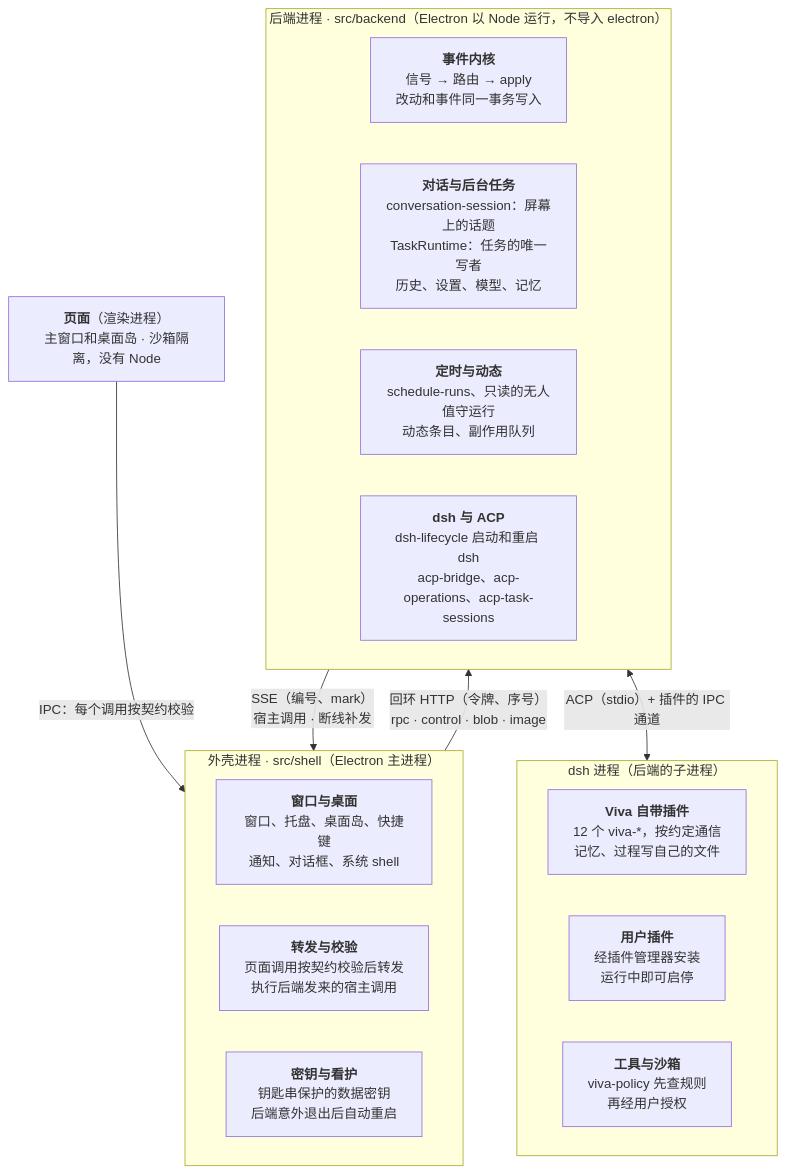
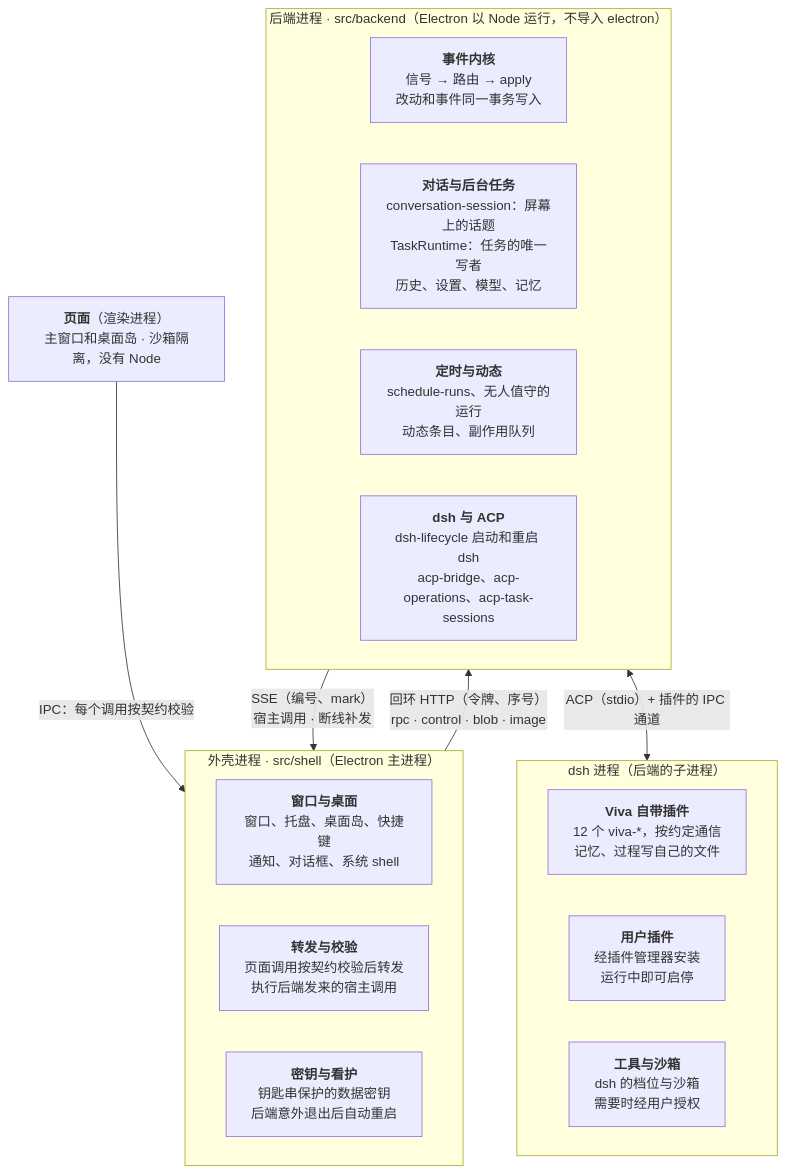
Before and after one commit to JNS0724/Viva: the diagram in docs/system-design.zh-CN.md, drawn with Mermaid. The commit also changed other lines of this file and 110 other files, not shown here.

````diff
--- a/docs/system-design.zh-CN.md
+++ b/docs/system-design.zh-CN.md
@@ -24,24 +24,24 @@
 ```mermaid
 flowchart TB
   pages["<b>页面</b>（渲染进程）<br/>主窗口和桌面岛 · 沙箱隔离，没有 Node"]
   subgraph shell["外壳进程 · src/shell（Electron 主进程）"]
     s1["<b>窗口与桌面</b><br/>窗口、托盘、桌面岛、快捷键<br/>通知、对话框、系统 shell"]
     s2["<b>转发与校验</b><br/>页面调用按契约校验后转发<br/>执行后端发来的宿主调用"]
     s3["<b>密钥与看护</b><br/>钥匙串保护的数据密钥<br/>后端意外退出后自动重启"]
   end
   subgraph backend["后端进程 · src/backend（Electron 以 Node 运行，不导入 electron）"]
     b1["<b>事件内核</b><br/>信号 → 路由 → apply<br/>改动和事件同一事务写入"]
     b2["<b>对话与后台任务</b><br/>conversation-session：屏幕上的话题<br/>TaskRuntime：任务的唯一写者<br/>历史、设置、模型、记忆"]
-    b3["<b>定时与动态</b><br/>schedule-runs、只读的无人值守运行<br/>动态条目、副作用队列"]
+    b3["<b>定时与动态</b><br/>schedule-runs、无人值守的运行<br/>动态条目、副作用队列"]
     b4["<b>dsh 与 ACP</b><br/>dsh-lifecycle 启动和重启 dsh<br/>acp-bridge、acp-operations、acp-task-sessions"]
   end
   subgraph dsh["dsh 进程（后端的子进程）"]
     d1["<b>Viva 自带插件</b><br/>12 个 viva-*，按约定通信<br/>记忆、过程写自己的文件"]
     d2["<b>用户插件</b><br/>经插件管理器安装<br/>运行中即可启停"]
-    d3["<b>工具与沙箱</b><br/>viva-policy 先查规则<br/>再经用户授权"]
+    d3["<b>工具与沙箱</b><br/>dsh 的档位与沙箱<br/>需要时经用户授权"]
   end
   pages -- "IPC：每个调用按契约校验" --> shell
   shell -- "回环 HTTP（令牌、序号）<br/>rpc · control · blob · image" --> backend
   backend -- "SSE（编号、mark）<br/>宿主调用 · 断线补发" --> shell
   backend <-->|"ACP（stdio）+ 插件的 IPC 通道"| dsh
 ```
````
